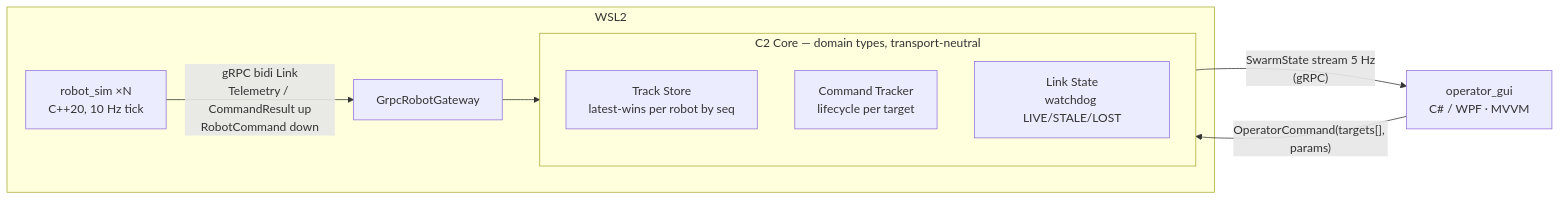
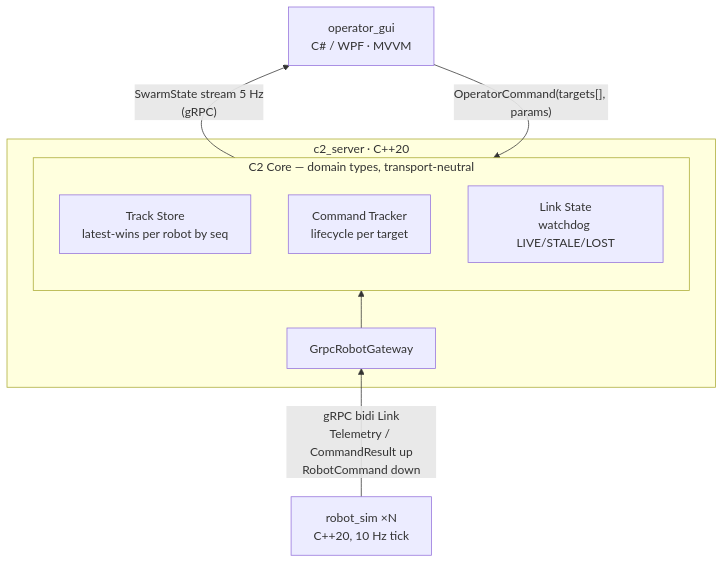
Before and after one commit to jim-koch-atlanta/gtri-emperor-c2: the diagram in docs/TECH_SPEC.md, drawn with Mermaid.

Commit message:
2026-08-17: Clean up the design diagram.

````diff
--- a/docs/TECH_SPEC.md
+++ b/docs/TECH_SPEC.md
@@ -63,14 +63,20 @@
 ```mermaid
-flowchart LR
-    subgraph WSL2
-      R1[robot_sim ×N\nC++20, 10 Hz tick] -- "gRPC bidi Link\nTelemetry / CommandResult up\nRobotCommand down" --> GW[GrpcRobotGateway]
-      GW --> CORE
+flowchart BT
+    R1[robot_sim ×N\nC++20, 10 Hz tick]
+
+    subgraph SERVER[c2_server · C++20]
       subgraph CORE[C2 Core — domain types, transport-neutral]
         TS[Track Store\nlatest-wins per robot by seq]
         CT[Command Tracker\nlifecycle per target]
         LS[Link State\nwatchdog LIVE/STALE/LOST]
       end
+      GW[GrpcRobotGateway]
+      GW --> CORE
     end
-    CORE -- "SwarmState stream 5 Hz\n(gRPC)" --> GUI[operator_gui\nC# / WPF · MVVM]
+
+    GUI[operator_gui\nC# / WPF · MVVM]
+
+    R1 -- "gRPC bidi Link\nTelemetry / CommandResult up\nRobotCommand down" --> GW
+    CORE -- "SwarmState stream 5 Hz\n(gRPC)" --> GUI
     GUI -- "OperatorCommand(targets[], params)" --> CORE
 ```
````
